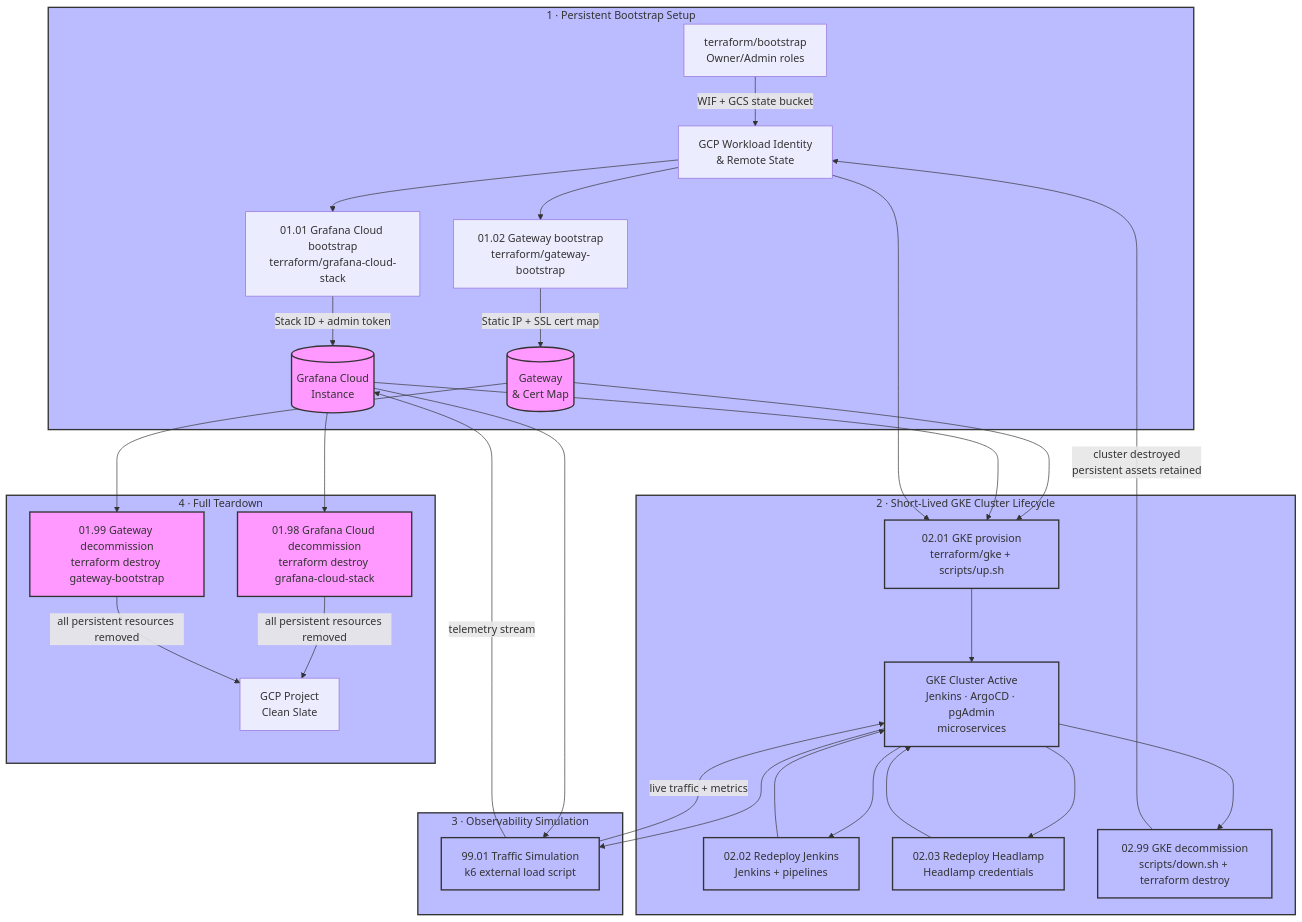
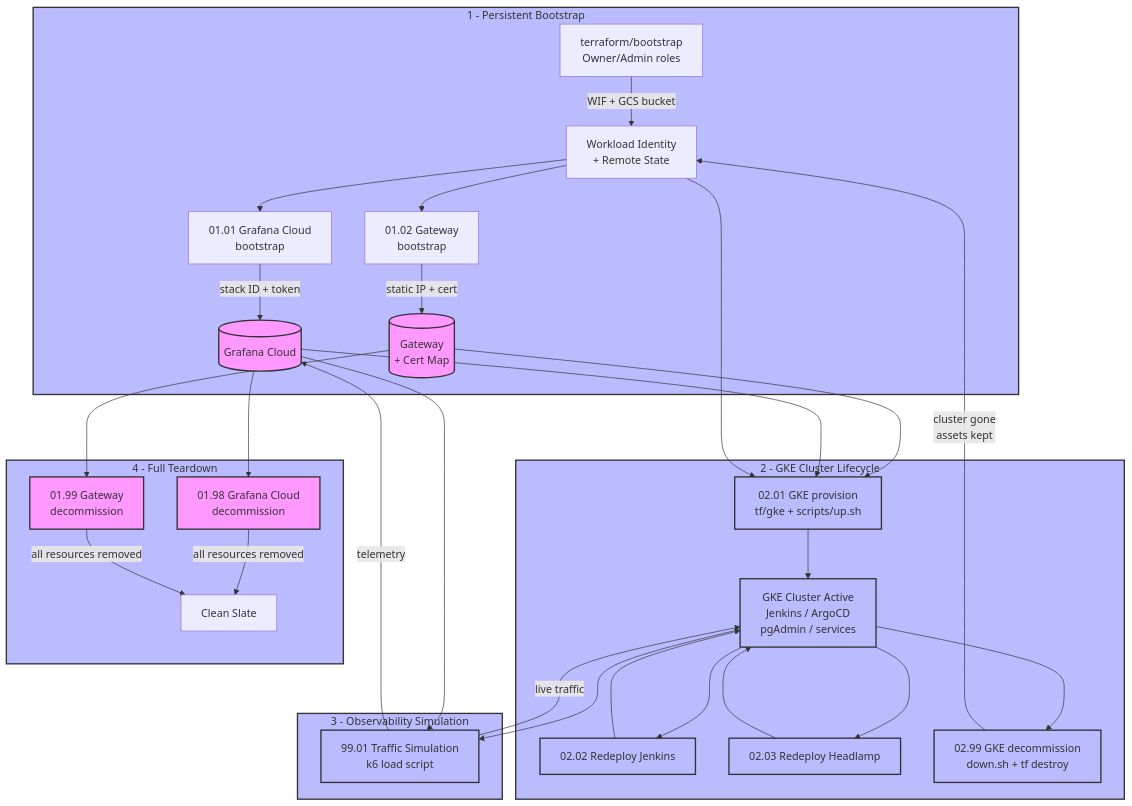
One commit to nubenetes/jenkins-2026 changed the eighth of 8 diagrams in README.md. Above: the diagram before and after it, drawn with Mermaid. The commit also changed other lines of this file, not shown here.

Commit message:
docs: aggressively shorten Mermaid node labels to fix remaining text cutoff
- GKE Topology: flatten subgraph titles, inline CIDR in single line,
  remove unicode angle brackets from autoscaled node
- Workflow Lifecycle: all node lines capped to ~20 chars, abbreviated
  tf paths (terraform/grafana-cloud-stack -> tf/gke etc.), split
  decommission nodes to workflow-name / action on separate lines,
  replaced dot-separator subgraph titles with plain dashes

````diff
--- a/README.md
+++ b/README.md
@@ -1245,38 +1245,38 @@
 ```mermaid
 graph TD
-    subgraph Bootstrapping ["1 · Persistent Bootstrap Setup"]
-        A["terraform/bootstrap<br>Owner/Admin roles"] -->|"WIF + GCS state bucket"| B["GCP Workload Identity<br>& Remote State"]
-        B --> C["01.01 Grafana Cloud bootstrap<br>terraform/grafana-cloud-stack"]
-        B --> D["01.02 Gateway bootstrap<br>terraform/gateway-bootstrap"]
-        C -->|"Stack ID + admin token"| E[("Grafana Cloud<br>Instance")]
-        D -->|"Static IP + SSL cert map"| F[("Gateway<br>& Cert Map")]
+    subgraph Bootstrapping ["1 - Persistent Bootstrap"]
+        A["terraform/bootstrap<br>Owner/Admin roles"] -->|"WIF + GCS bucket"| B["Workload Identity<br>+ Remote State"]
+        B --> C["01.01 Grafana Cloud<br>bootstrap"]
+        B --> D["01.02 Gateway<br>bootstrap"]
+        C -->|"stack ID + token"| E[("Grafana Cloud")]
+        D -->|"static IP + cert"| F[("Gateway<br>+ Cert Map")]
     end
 
-    subgraph GKE_Lifecycle ["2 · Short-Lived GKE Cluster Lifecycle"]
-        F & E & B --> G["02.01 GKE provision<br>terraform/gke + scripts/up.sh"]
-        G --> H["GKE Cluster Active<br>Jenkins · ArgoCD · pgAdmin<br>microservices"]
-        H --> I["02.02 Redeploy Jenkins<br>Jenkins + pipelines"]
-        H --> J["02.03 Redeploy Headlamp<br>Headlamp credentials"]
+    subgraph GKE_Lifecycle ["2 - GKE Cluster Lifecycle"]
+        F & E & B --> G["02.01 GKE provision<br>tf/gke + scripts/up.sh"]
+        G --> H["GKE Cluster Active<br>Jenkins / ArgoCD<br>pgAdmin / services"]
+        H --> I["02.02 Redeploy Jenkins"]
+        H --> J["02.03 Redeploy Headlamp"]
         I & J --> H
-        H --> K["02.99 GKE decommission<br>scripts/down.sh + terraform destroy"]
-        K -->|"cluster destroyed<br>persistent assets retained"| B
+        H --> K["02.99 GKE decommission<br>down.sh + tf destroy"]
+        K -->|"cluster gone<br>assets kept"| B
     end
 
-    subgraph Simulation ["3 · Observability Simulation"]
-        H & E --> O["99.01 Traffic Simulation<br>k6 external load script"]
-        O -->|"live traffic + metrics"| H
-        O -->|"telemetry stream"| E
+    subgraph Simulation ["3 - Observability Simulation"]
+        H & E --> O["99.01 Traffic Simulation<br>k6 load script"]
+        O -->|"live traffic"| H
+        O -->|"telemetry"| E
     end
 
-    subgraph Persistent_Teardown ["4 · Full Teardown"]
-        E --> L["01.98 Grafana Cloud decommission<br>terraform destroy grafana-cloud-stack"]
-        F --> M["01.99 Gateway decommission<br>terraform destroy gateway-bootstrap"]
-        L & M -->|"all persistent resources removed"| N["GCP Project<br>Clean Slate"]
+    subgraph Persistent_Teardown ["4 - Full Teardown"]
+        E --> L["01.98 Grafana Cloud<br>decommission"]
+        F --> M["01.99 Gateway<br>decommission"]
+        L & M -->|"all resources removed"| N["Clean Slate"]
     end
 
     classDef persistent fill:#f9f,stroke:#333,stroke-width:2px;
     classDef cluster fill:#bbf,stroke:#333,stroke-width:2px;
     classDef process fill:#fff,stroke:#333,stroke-width:1px;
     class E,F,L,M persistent;
     class G,H,I,J,K,O cluster;
 ```
````
